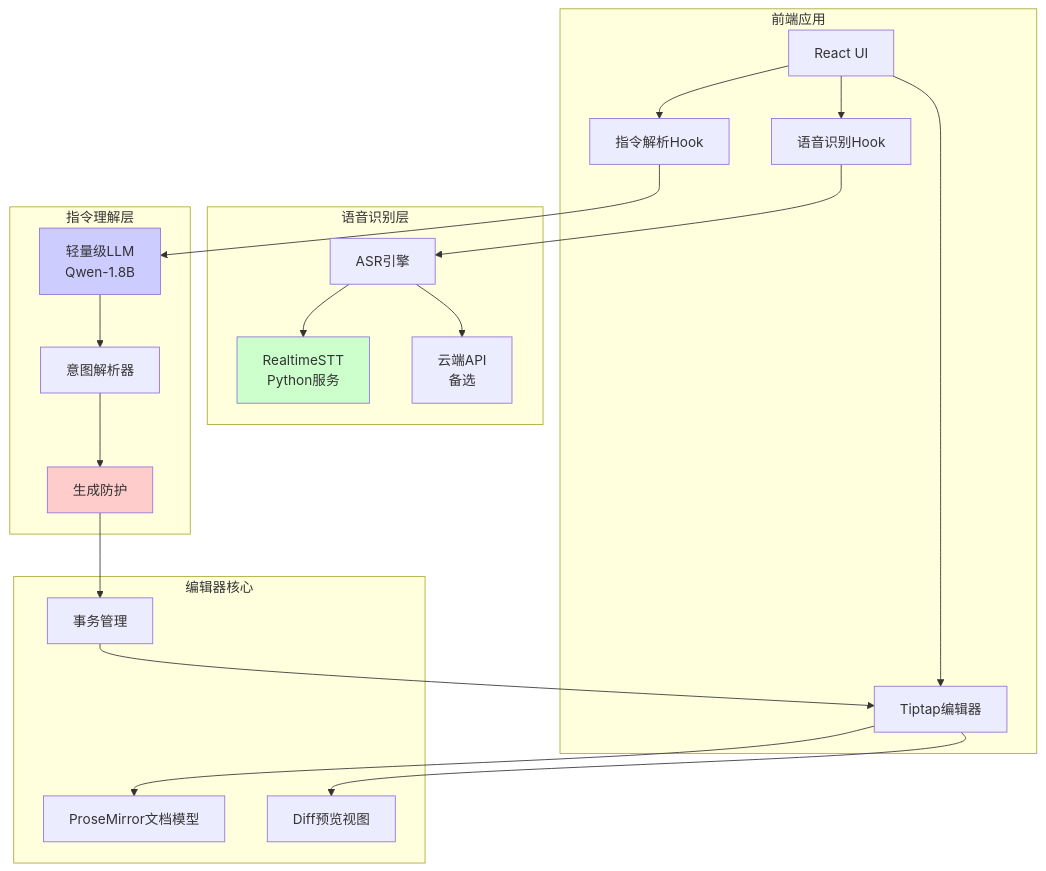
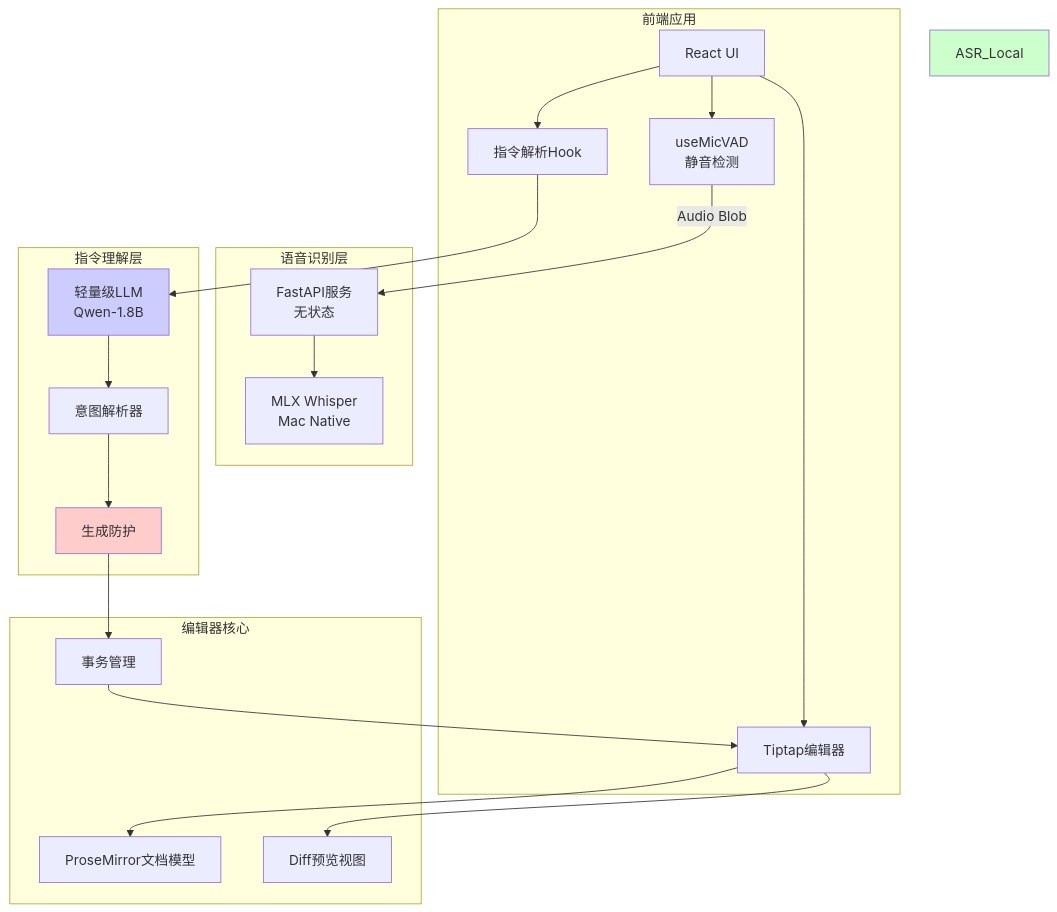
Before and after one commit to JAYotta/RocketWrite: the diagram in docs/architecture.md, drawn with Mermaid. The commit also changed 7 other files, not shown here.

Commit message:
RealtimeSTT在M系列下无法使用GPU而性能受限，转为MLX Whisper，更新 ASR 架构文档

````diff
--- a/docs/architecture.md
+++ b/docs/architecture.md
@@ -5,47 +5,45 @@
 ```mermaid
 graph TB
     subgraph "前端应用"
         UI[React UI]
         Editor[Tiptap编辑器]
-        VoiceHook[语音识别Hook]
+        VoiceHook[useMicVAD<br/>静音检测]
         NLUHook[指令解析Hook]
     end
 
     subgraph "语音识别层"
-        ASR[ASR引擎]
-        ASR_Local[RealtimeSTT<br/>Python服务]
-        ASR_Cloud[云端API<br/>备选]
+        ASR_Service[FastAPI服务<br/>无状态]
+        MLX_Engine[MLX Whisper<br/>Mac Native]
     end
 
     subgraph "指令理解层"
         LLM[轻量级LLM<br/>Qwen-1.8B]
         IntentParser[意图解析器]
         Guard[生成防护]
     end
 
     subgraph "编辑器核心"
         ProseMirror[ProseMirror文档模型]
         Transaction[事务管理]
         DiffView[Diff预览视图]
     end
 
     UI --> Editor
     UI --> VoiceHook
-    VoiceHook --> ASR
-    ASR --> ASR_Local
-    ASR --> ASR_Cloud
+    VoiceHook -->|Audio Blob| ASR_Service
+    ASR_Service --> MLX_Engine
 
     UI --> NLUHook
     NLUHook --> LLM
     LLM --> IntentParser
     IntentParser --> Guard
     Guard --> Transaction
     Transaction --> Editor
 
     Editor --> ProseMirror
     Editor --> DiffView
 
     style Guard fill:#ffcccc
     style ASR_Local fill:#ccffcc
     style LLM fill:#ccccff
 ```
````
